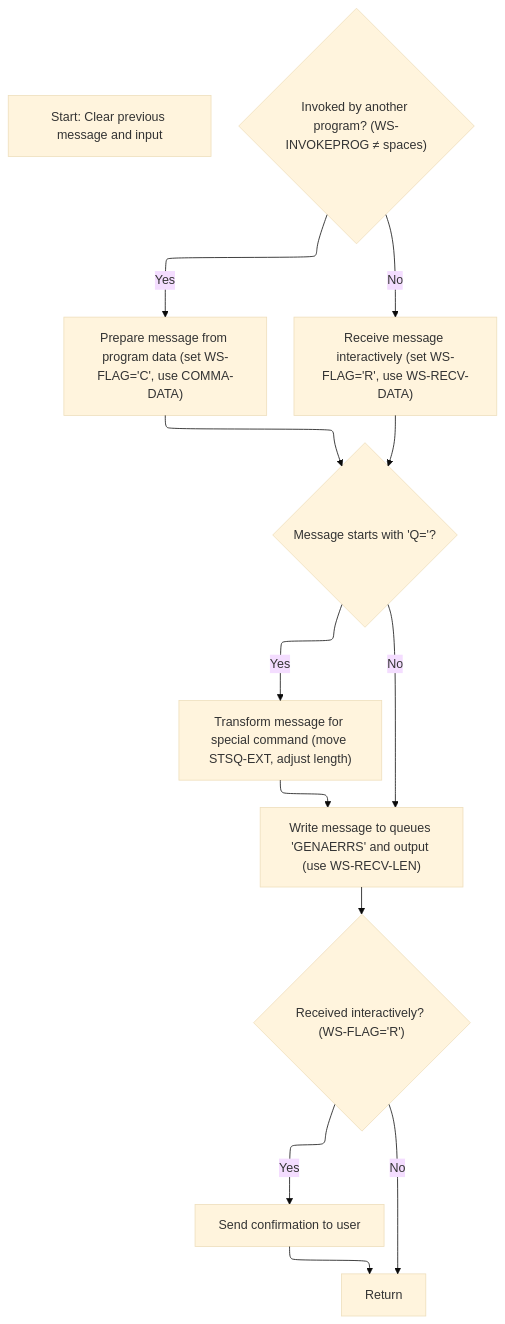
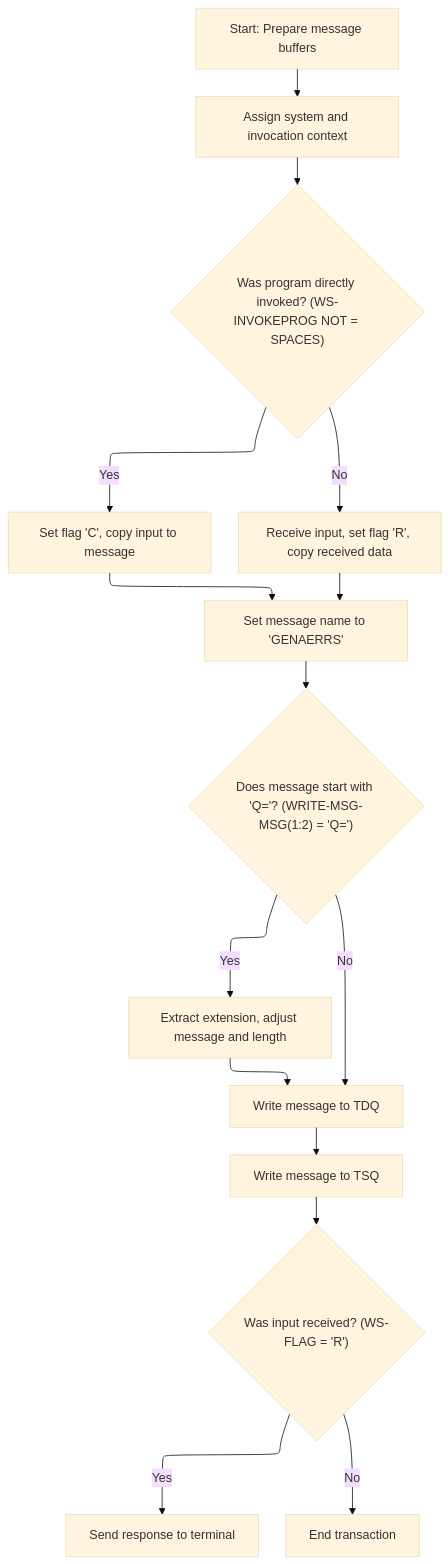
One commit to Giri-Swimm/Swimmio-genapp-motor changed the second of 2 diagrams in .swm/logging-and-queueing-messages-lgstsq.75wnos2r.sw.md. Above: the diagram before and after it, drawn with Mermaid (base theme). The commit also changed other lines of this file and 17 other files, not shown here.

````diff
--- a/.swm/logging-and-queueing-messages-lgstsq.75wnos2r.sw.md
+++ b/.swm/logging-and-queueing-messages-lgstsq.75wnos2r.sw.md
@@ -252,60 +271,64 @@
 ```mermaid
 %%{init: {"flowchart": {"defaultRenderer": "elk"}} }%%
 flowchart TD
-  node1["Start: Clear previous message and input"]
-  click node1 openCode "base/src/lgstsq.cbl:57:58"
-  node2{"Invoked by another program? (WS-INVOKEPROG ≠ spaces)"}
-  click node2 openCode "base/src/lgstsq.cbl:68:68"
-  node2 -->|"Yes"| node3["Prepare message from program data (set WS-FLAG='C', use COMMA-DATA)"]
-  click node3 openCode "base/src/lgstsq.cbl:69:71"
-  node2 -->|"No"| node4["Receive message interactively (set WS-FLAG='R', use WS-RECV-DATA)"]
-  click node4 openCode "base/src/lgstsq.cbl:73:79"
-  node3 --> node5
-  node4 --> node5
-  node5{"Message starts with 'Q='?"}
-  click node5 openCode "base/src/lgstsq.cbl:83:83"
-  node5 -->|"Yes"| node6["Transform message for special command (move STSQ-EXT, adjust length)"]
-  click node6 openCode "base/src/lgstsq.cbl:84:87"
-  node5 -->|"No"| node7
-  node6 --> node7
-  node7["Write message to queues 'GENAERRS' and output (use WS-RECV-LEN)"]
-  click node7 openCode "base/src/lgstsq.cbl:90:111"
-  node7 --> node8{"Received interactively? (WS-FLAG='R')"}
-  click node8 openCode "base/src/lgstsq.cbl:113:113"
-  node8 -->|"Yes"| node9["Send confirmation to user"]
-  click node9 openCode "base/src/lgstsq.cbl:114:119"
-  node8 -->|"No"| node10["Return"]
-  click node10 openCode "base/src/lgstsq.cbl:121:122"
-  node9 --> node10
+    node1["Start: Prepare message buffers"] --> node2["Assign system and invocation context"]
+    click node1 openCode "base/src/lgstsq.cbl:57:58"
+    click node2 openCode "base/src/lgstsq.cbl:60:66"
+    node2 --> node3{"Was program directly invoked? (WS-INVOKEPROG NOT = SPACES)"}
+    click node3 openCode "base/src/lgstsq.cbl:68:80"
+    node3 -->|"Yes"| node4["Set flag 'C', copy input to message"]
+    click node4 openCode "base/src/lgstsq.cbl:69:71"
+    node3 -->|"No"| node5["Receive input, set flag 'R', copy received data"]
+    click node5 openCode "base/src/lgstsq.cbl:73:78"
+    node4 --> node6["Set message name to 'GENAERRS'"]
+    click node6 openCode "base/src/lgstsq.cbl:82"
+    node5 --> node6
+    node6 --> node7{"Does message start with 'Q='? (WRITE-MSG-MSG(1:2) = 'Q=')"}
+    click node7 openCode "base/src/lgstsq.cbl:83:88"
+    node7 -->|"Yes"| node8["Extract extension, adjust message and length"]
+    click node8 openCode "base/src/lgstsq.cbl:84:87"
+    node7 -->|"No"| node10["Write message to TDQ"]
+    node8 --> node10["Write message to TDQ"]
+    click node10 openCode "base/src/lgstsq.cbl:94:99"
+    node10 --> node11["Write message to TSQ"]
+    click node11 openCode "base/src/lgstsq.cbl:105:111"
+    node11 --> node12{"Was input received? (WS-FLAG = 'R')"}
+    click node12 openCode "base/src/lgstsq.cbl:113:119"
+    node12 -->|"Yes"| node13["Send response to terminal"]
+    click node13 openCode "base/src/lgstsq.cbl:114:119"
+    node12 -->|"No"| node14["End transaction"]
+    click node14 openCode "base/src/lgstsq.cbl:121:122"
 classDef HeadingStyle fill:#777777,stroke:#333,stroke-width:2px;
 
 %% Swimm:
 %% %%{init: {"flowchart": {"defaultRenderer": "elk"}} }%%
 %% flowchart TD
-%%   node1["Start: Clear previous message and input"]
-%%   click node1 openCode "<SwmPath>[base/src/lgstsq.cbl](base/src/lgstsq.cbl)</SwmPath>:57:58"
-%%   node2{"Invoked by another program? (<SwmToken path="base/src/lgstsq.cbl" pos="64:9:11" line-data="           EXEC CICS ASSIGN INVOKINGPROG(WS-INVOKEPROG)">`WS-INVOKEPROG`</SwmToken> ≠ spaces)"}
-%%   click node2 openCode "<SwmPath>[base/src/lgstsq.cbl](base/src/lgstsq.cbl)</SwmPath>:68:68"
-%%   node2 -->|"Yes"| node3["Prepare message from program data (set <SwmToken path="base/src/lgstsq.cbl" pos="69:9:11" line-data="              MOVE &#39;C&#39; To WS-FLAG">`WS-FLAG`</SwmToken>='C', use <SwmToken path="base/src/lgstsq.cbl" pos="70:3:5" line-data="              MOVE COMMA-DATA  TO WRITE-MSG-MSG">`COMMA-DATA`</SwmToken>)"]
-%%   click node3 openCode "<SwmPath>[base/src/lgstsq.cbl](base/src/lgstsq.cbl)</SwmPath>:69:71"
-%%   node2 -->|"No"| node4["Receive message interactively (set <SwmToken path="base/src/lgstsq.cbl" pos="69:9:11" line-data="              MOVE &#39;C&#39; To WS-FLAG">`WS-FLAG`</SwmToken>='R', use <SwmToken path="base/src/lgstsq.cbl" pos="78:3:7" line-data="              MOVE WS-RECV-DATA  TO WRITE-MSG-MSG">`WS-RECV-DATA`</SwmToken>)"]
-%%   click node4 openCode "<SwmPath>[base/src/lgstsq.cbl](base/src/lgstsq.cbl)</SwmPath>:73:79"
-%%   node3 --> node5
-%%   node4 --> node5
-%%   node5{"Message starts with 'Q='?"}
-%%   click node5 openCode "<SwmPath>[base/src/lgstsq.cbl](base/src/lgstsq.cbl)</SwmPath>:83:83"
-%%   node5 -->|"Yes"| node6["Transform message for special command (move <SwmToken path="base/src/lgstsq.cbl" pos="84:16:18" line-data="              MOVE WRITE-MSG-MSG(3:4) TO STSQ-EXT">`STSQ-EXT`</SwmToken>, adjust length)"]
-%%   click node6 openCode "<SwmPath>[base/src/lgstsq.cbl](base/src/lgstsq.cbl)</SwmPath>:84:87"
-%%   node5 -->|"No"| node7
-%%   node6 --> node7
-%%   node7["Write message to queues 'GENAERRS' and output (use <SwmToken path="base/src/lgstsq.cbl" pos="71:7:11" line-data="              MOVE EIBCALEN    TO WS-RECV-LEN">`WS-RECV-LEN`</SwmToken>)"]
-%%   click node7 openCode "<SwmPath>[base/src/lgstsq.cbl](base/src/lgstsq.cbl)</SwmPath>:90:111"
-%%   node7 --> node8{"Received interactively? (<SwmToken path="base/src/lgstsq.cbl" pos="69:9:11" line-data="              MOVE &#39;C&#39; To WS-FLAG">`WS-FLAG`</SwmToken>='R')"}
-%%   click node8 openCode "<SwmPath>[base/src/lgstsq.cbl](base/src/lgstsq.cbl)</SwmPath>:113:113"
-%%   node8 -->|"Yes"| node9["Send confirmation to user"]
-%%   click node9 openCode "<SwmPath>[base/src/lgstsq.cbl](base/src/lgstsq.cbl)</SwmPath>:114:119"
-%%   node8 -->|"No"| node10["Return"]
-%%   click node10 openCode "<SwmPath>[base/src/lgstsq.cbl](base/src/lgstsq.cbl)</SwmPath>:121:122"
-%%   node9 --> node10
+%%     node1["Start: Prepare message buffers"] --> node2["Assign system and invocation context"]
+%%     click node1 openCode "<SwmPath>[base/src/lgstsq.cbl](base/src/lgstsq.cbl)</SwmPath>:57:58"
+%%     click node2 openCode "<SwmPath>[base/src/lgstsq.cbl](base/src/lgstsq.cbl)</SwmPath>:60:66"
+%%     node2 --> node3{"Was program directly invoked? (<SwmToken path="base/src/lgstsq.cbl" pos="64:9:11" line-data="           EXEC CICS ASSIGN INVOKINGPROG(WS-INVOKEPROG)">`WS-INVOKEPROG`</SwmToken> NOT = SPACES)"}
+%%     click node3 openCode "<SwmPath>[base/src/lgstsq.cbl](base/src/lgstsq.cbl)</SwmPath>:68:80"
+%%     node3 -->|"Yes"| node4["Set flag 'C', copy input to message"]
+%%     click node4 openCode "<SwmPath>[base/src/lgstsq.cbl](base/src/lgstsq.cbl)</SwmPath>:69:71"
+%%     node3 -->|"No"| node5["Receive input, set flag 'R', copy received data"]
+%%     click node5 openCode "<SwmPath>[base/src/lgstsq.cbl](base/src/lgstsq.cbl)</SwmPath>:73:78"
+%%     node4 --> node6["Set message name to 'GENAERRS'"]
+%%     click node6 openCode "<SwmPath>[base/src/lgstsq.cbl](base/src/lgstsq.cbl)</SwmPath>:82"
+%%     node5 --> node6
+%%     node6 --> node7{"Does message start with 'Q='? (<SwmToken path="base/src/lgstsq.cbl" pos="70:9:13" line-data="              MOVE COMMA-DATA  TO WRITE-MSG-MSG">`WRITE-MSG-MSG`</SwmToken>(1:2) = 'Q=')"}
+%%     click node7 openCode "<SwmPath>[base/src/lgstsq.cbl](base/src/lgstsq.cbl)</SwmPath>:83:88"
+%%     node7 -->|"Yes"| node8["Extract extension, adjust message and length"]
+%%     click node8 openCode "<SwmPath>[base/src/lgstsq.cbl](base/src/lgstsq.cbl)</SwmPath>:84:87"
+%%     node7 -->|"No"| node10["Write message to TDQ"]
+%%     node8 --> node10["Write message to TDQ"]
+%%     click node10 openCode "<SwmPath>[base/src/lgstsq.cbl](base/src/lgstsq.cbl)</SwmPath>:94:99"
+%%     node10 --> node11["Write message to TSQ"]
+%%     click node11 openCode "<SwmPath>[base/src/lgstsq.cbl](base/src/lgstsq.cbl)</SwmPath>:105:111"
+%%     node11 --> node12{"Was input received? (<SwmToken path="base/src/lgstsq.cbl" pos="69:9:11" line-data="              MOVE &#39;C&#39; To WS-FLAG">`WS-FLAG`</SwmToken> = 'R')"}
+%%     click node12 openCode "<SwmPath>[base/src/lgstsq.cbl](base/src/lgstsq.cbl)</SwmPath>:113:119"
+%%     node12 -->|"Yes"| node13["Send response to terminal"]
+%%     click node13 openCode "<SwmPath>[base/src/lgstsq.cbl](base/src/lgstsq.cbl)</SwmPath>:114:119"
+%%     node12 -->|"No"| node14["End transaction"]
+%%     click node14 openCode "<SwmPath>[base/src/lgstsq.cbl](base/src/lgstsq.cbl)</SwmPath>:121:122"
 %% classDef HeadingStyle fill:#777777,stroke:#333,stroke-width:2px;
 ```
````
